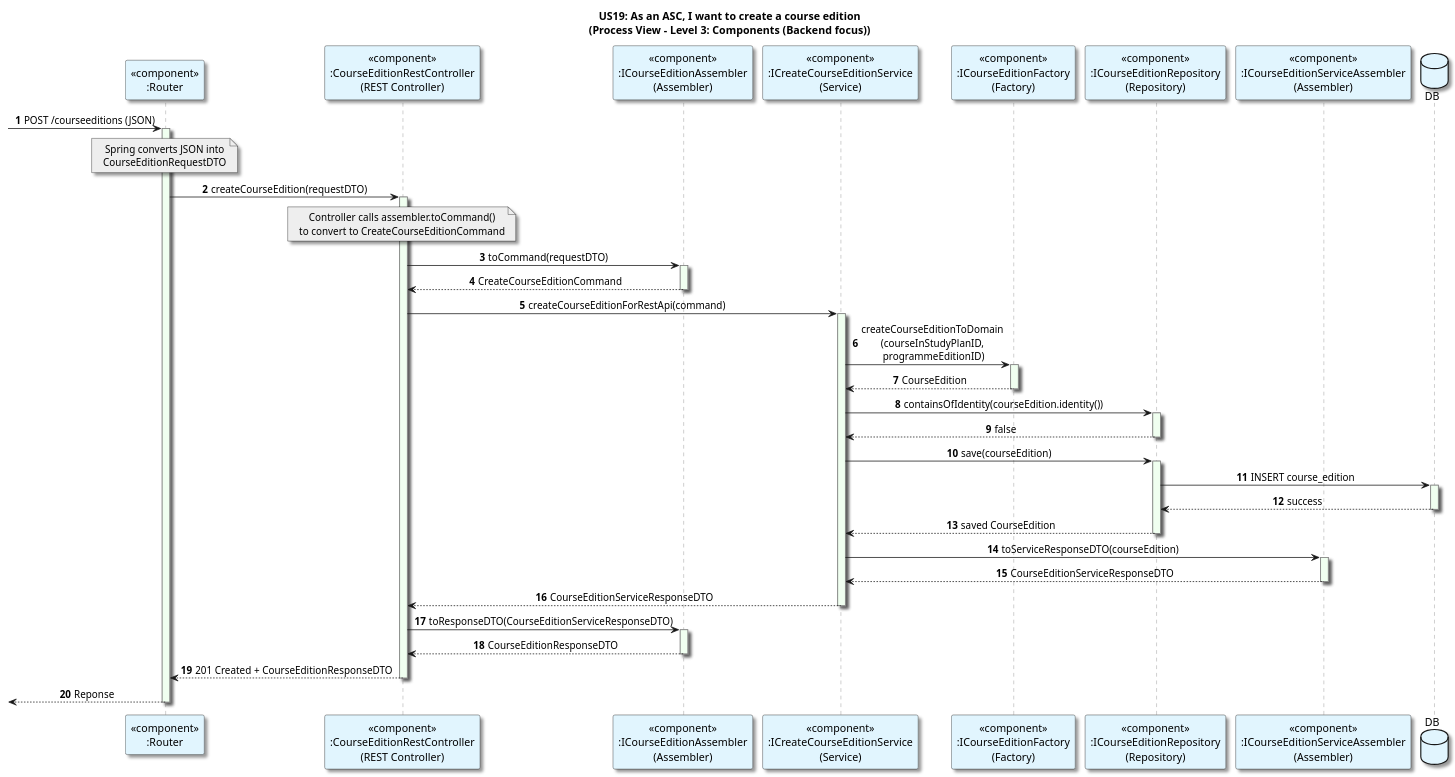
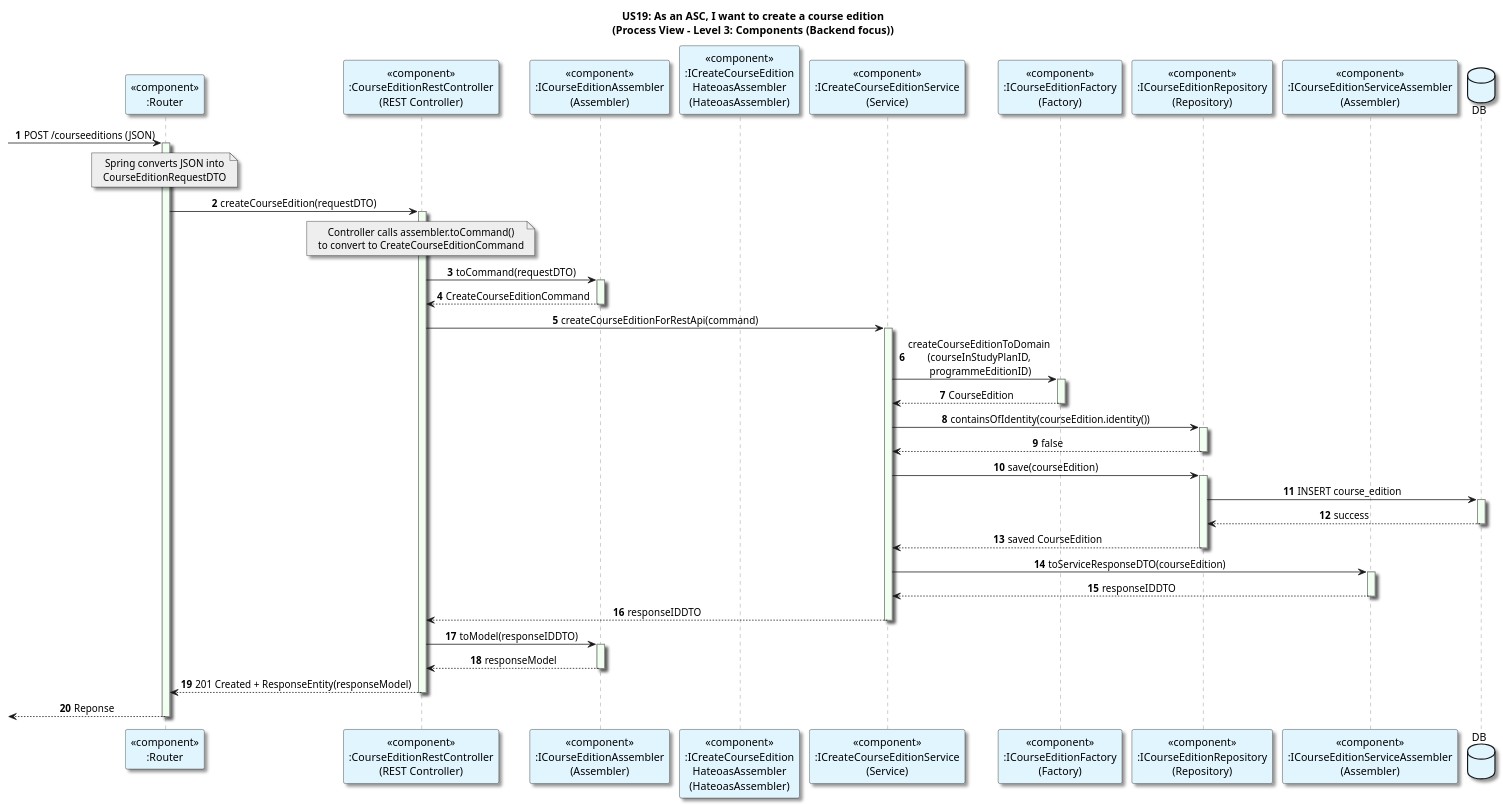
One commit to GasparISEP/DevOps-PAI changed the diagram in docs/US19/Sprint7_RestAPI/ProcessView/Level3Granularity.puml. Above: the diagram before and after it, drawn with PlantUML.

Commit message:
[docs]: update Level3Granularity.puml diagram from Process View to reflect changes with Hateoas #708 #710

```diff
--- a/docs/US19/Sprint7_RestAPI/ProcessView/Level3Granularity.puml
+++ b/docs/US19/Sprint7_RestAPI/ProcessView/Level3Granularity.puml
@@ -1,93 +1,94 @@
 @startuml
 title: US19: As an ASC, I want to create a course edition\n(Process View - Level 3: Components (Backend focus))
 autonumber
 
 skinparam {
   ActivityPadding 2
   ActivityMargin 2
   BoxPadding 2
 }
 skinparam sequence {
     LifeLineBorderColor Grey
     LifeLineBackgroundColor HoneyDew
 }
 skinparam defaultTextAlignment center
 skinparam shadowing true
 
 participant "<<component>>\n:Router" as Router #E1F5FE
 participant "<<component>>\n:CourseEditionRestController\n(REST Controller)" as Controller #E1F5FE
 participant "<<component>>\n:ICourseEditionAssembler\n(Assembler)" as Assembler #E1F5FE
+participant "<<component>>\n:ICreateCourseEdition\nHateoasAssembler\n(HateoasAssembler)" as HatAssembler #E1F5FE
 participant "<<component>>\n:ICreateCourseEditionService\n(Service)" as Service #E1F5FE
 participant "<<component>>\n:ICourseEditionFactory\n(Factory)" as Factory #E1F5FE
 participant "<<component>>\n:ICourseEditionRepository\n(Repository)" as Repository #E1F5FE
 participant "<<component>>\n:ICourseEditionServiceAssembler\n(Assembler)" as SAssembler #E1F5FE
 
 database DB as DB #E1F5FE
 
 -> Router: POST /courseeditions (JSON)
 activate Router
 note over Router #EEEEEE
 Spring converts JSON into
 CourseEditionRequestDTO
 end note
 Router -> Controller: createCourseEdition(requestDTO)
 activate Controller
 
 note over Controller #EEEEEE
 Controller calls assembler.toCommand()
 to convert to CreateCourseEditionCommand
 end note
 
 Controller -> Assembler: toCommand(requestDTO)
 activate Assembler
 Assembler --> Controller: CreateCourseEditionCommand
 deactivate Assembler
 
 Controller -> Service: createCourseEditionForRestApi(command)
 activate Service
 
 
 Service -> Factory: createCourseEditionToDomain\n(courseInStudyPlanID,\n programmeEditionID)
 activate Factory
 
 Factory --> Service: CourseEdition
 deactivate Factory
 
 Service -> Repository: containsOfIdentity(courseEdition.identity())
 activate Repository
 Repository --> Service: false
 deactivate Repository
 
 Service -> Repository: save(courseEdition)
 activate Repository
 
 Repository -> DB: INSERT course_edition
 activate DB
 DB --> Repository: success
 deactivate DB
 
 Repository --> Service: saved CourseEdition
 deactivate Repository
 
 
 
     Service -> SAssembler: toServiceResponseDTO(courseEdition)
     activate SAssembler
-    SAssembler --> Service: CourseEditionServiceResponseDTO
+    SAssembler --> Service: responseIDDTO
     deactivate SAssembler
-    Service --> Controller: CourseEditionServiceResponseDTO
+    Service --> Controller: responseIDDTO
     deactivate Service
-    Controller -> Assembler: toResponseDTO(CourseEditionServiceResponseDTO)
+    Controller -> Assembler: toModel(responseIDDTO)
     activate Assembler
-    Assembler --> Controller: CourseEditionResponseDTO
+    Assembler --> Controller: responseModel
     deactivate Assembler
 
-    Controller --> Router: 201 Created + CourseEditionResponseDTO
+    Controller --> Router: 201 Created + ResponseEntity(responseModel)
 
 
 
 deactivate Controller
 
 <-- Router: Reponse
 deactivate Router
 @enduml
```
